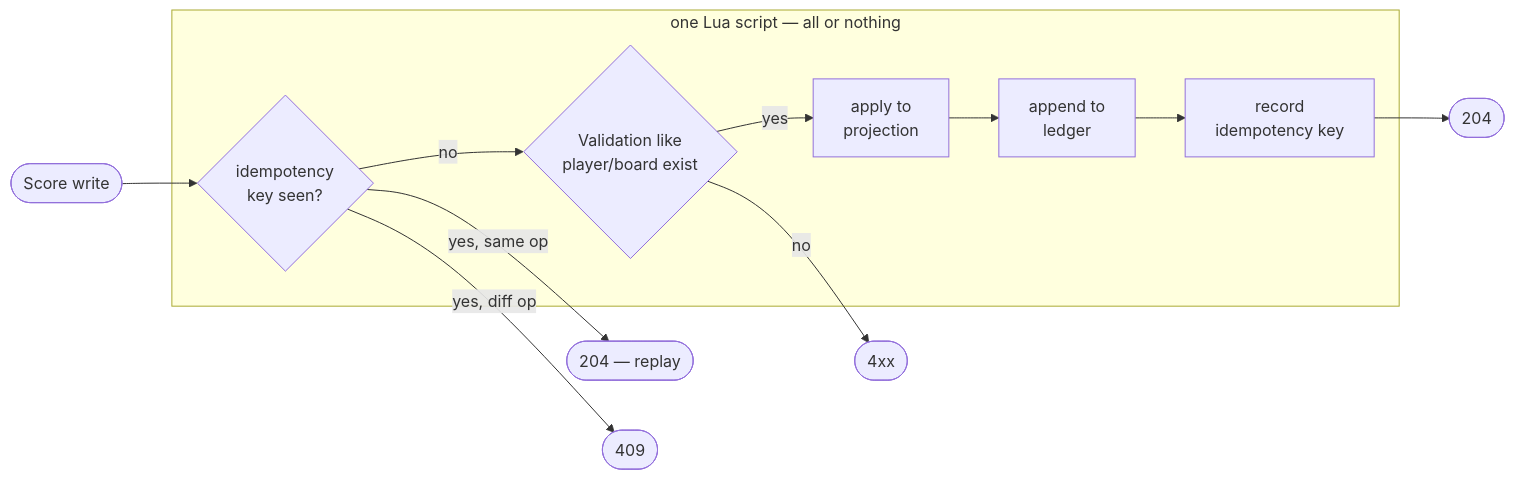
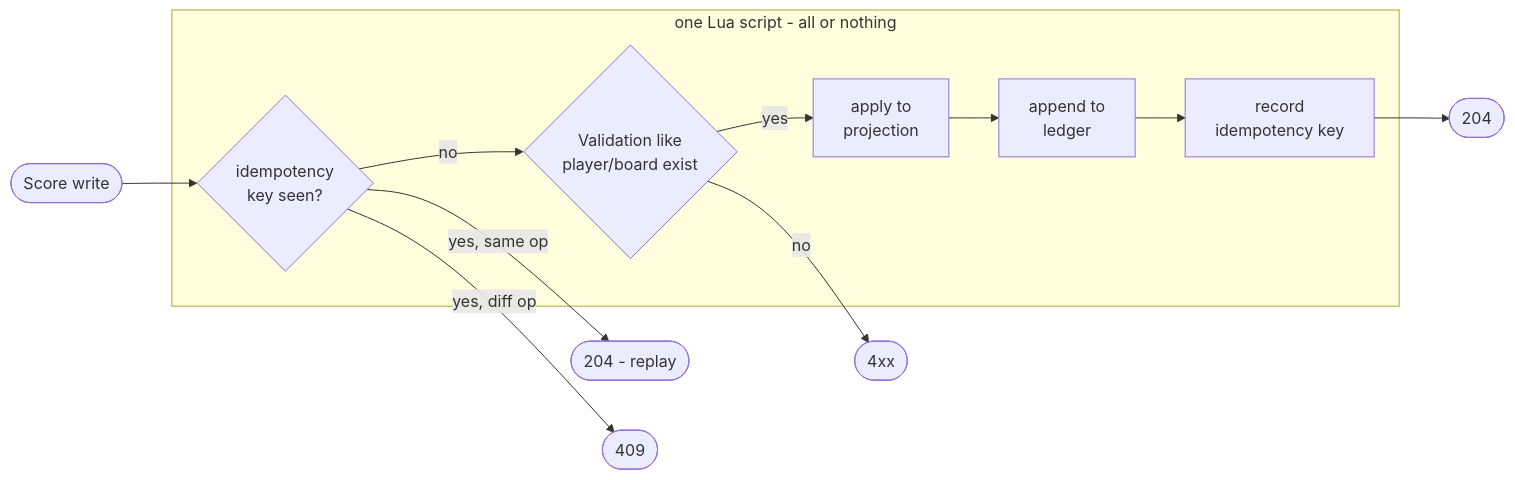
One commit to salandered/apex-leaderboard changed the second of 2 diagrams in docs/architecture.md. Above: the diagram before and after it, drawn with Mermaid. The commit also changed other lines of this file and 9 other files, not shown here.

````diff
--- a/docs/architecture.md
+++ b/docs/architecture.md
@@ -90,17 +96,17 @@
 ```mermaid
 flowchart LR
     Start([Score write]) --> Dedupe{idempotency \nkey seen?}
-	Dedupe -->|yes, same op| Return204([204 — replay])
+	Dedupe -->|yes, same op| Return204([204 - replay])
     Dedupe -->|yes, diff op| Conflict([409])
     Dedupe -->|no| Checks{Validation like \nplayer/board exist}
     Checks -->|no| Reject([4xx])
     Checks -->|yes| Apply[apply to \nprojection] --> Append[append to\n ledger] --> Record[record \nidempotency key] --> Done([204])
 
-    subgraph atomic [one Lua script — all or nothing]
+    subgraph atomic [one Lua script - all or nothing]
         Dedupe
         Checks
         Apply
         Append
         Record
     end
 ```
````
